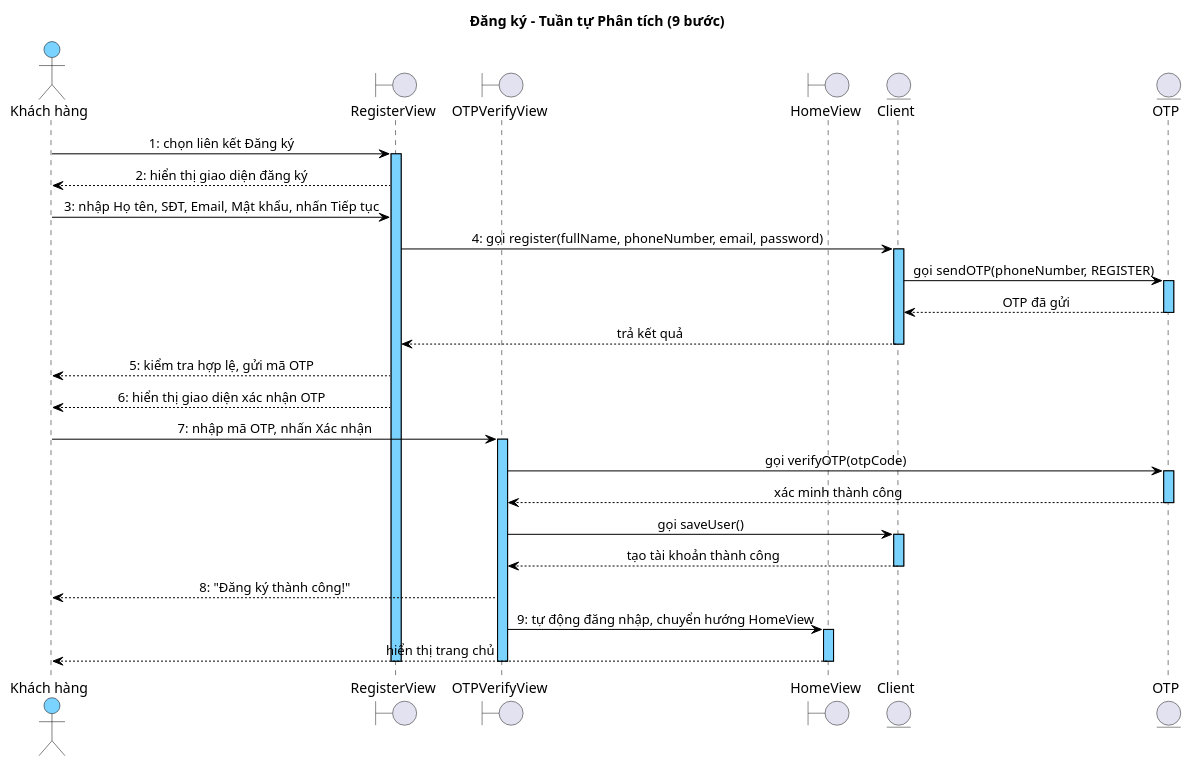
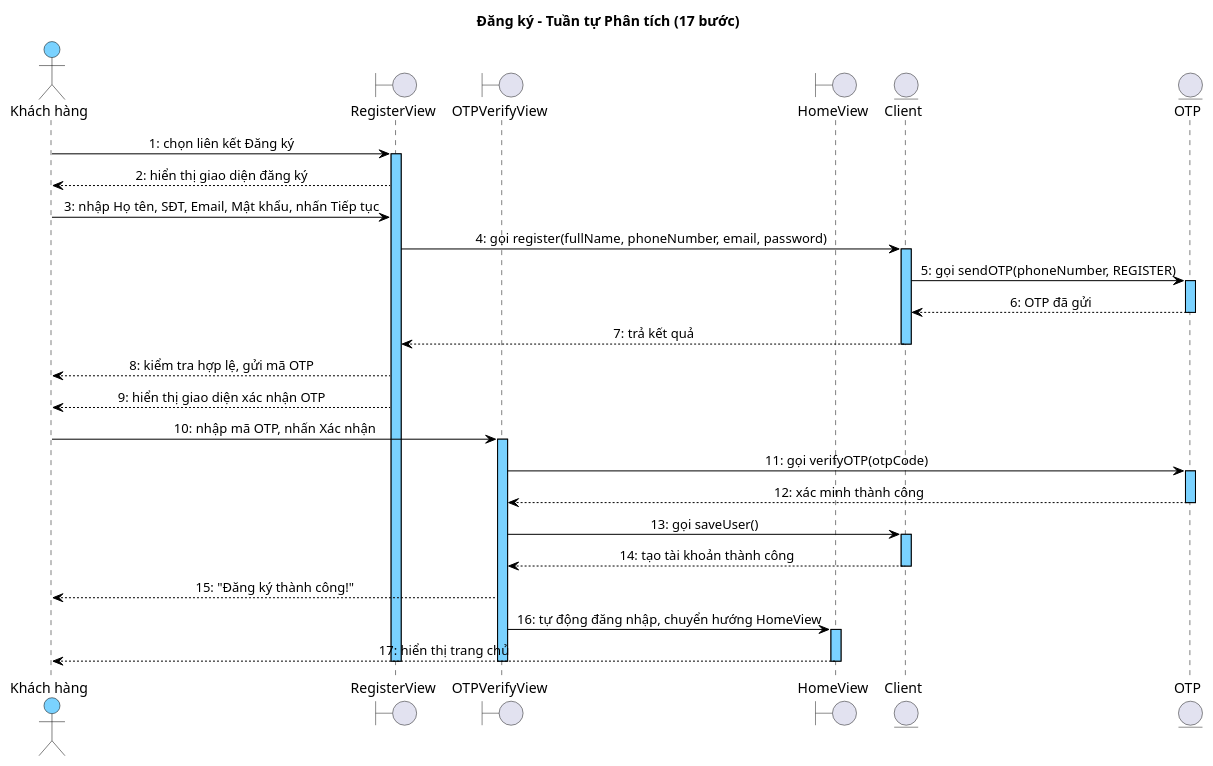
The fourth of 7 diagrams in docs/tabs/account/ii-analysis.md (thanhtrnnn/cnpm), drawn with PlantUML before and after one commit. The commit also changed other lines of this file and 19 other files, not shown here.

First line of the commit message:
fix: account sequence diagrams 1:1 step parity (II.4 + III.4) + 4.2 format

````diff
--- a/docs/tabs/account/ii-analysis.md
+++ b/docs/tabs/account/ii-analysis.md
@@ -469,64 +471,64 @@
 ```plantuml
 @startuml
 skinparam shadowing false
 skinparam SequenceMessageAlign left
 skinparam sequenceMessageAlign center
 skinparam sequenceArrowThickness 1
 skinparam sequenceLifeLineBorderColor #000000
 skinparam sequenceLifeLineBackgroundColor #7AD2FF
 skinparam sequenceParticipantBackgroundColor #7AD2FF
 skinparam sequenceParticipantBorderColor #000000
 skinparam sequenceParticipantFontColor #000000
 skinparam sequenceArrowColor #000000
 skinparam sequenceArrowFontColor #000000
 skinparam sequenceGroupBorderColor #000000
 skinparam sequenceGroupBackgroundColor #DDEEFF
 skinparam sequenceDividerBorderColor #000000
 skinparam sequenceDividerBackgroundColor #DDEEFF
 skinparam sequenceMessageFontColor #000000
 skinparam sequenceMessageFontSize 10
 skinparam sequenceActorBorderColor #000000
 skinparam sequenceActorBackgroundColor #7AD2FF
 skinparam sequenceActorFontColor #000000
-title Đăng ký – Tuần tự Phân tích (9 bước)
+title Đăng ký – Tuần tự Phân tích (17 bước)
 
 actor "Khách hàng" as Actor
 boundary RegisterView as B1
 boundary OTPVerifyView as B2
 boundary HomeView as B3
 entity Client as E1
 entity OTP as E2
 
 Actor -> B1 : 1: chọn liên kết Đăng ký
 activate B1
 B1 --> Actor : 2: hiển thị giao diện đăng ký
 Actor -> B1 : 3: nhập Họ tên, SĐT, Email, Mật khẩu, nhấn Tiếp tục
 B1 -> E1 : 4: gọi register(fullName, phoneNumber, email, password)
 activate E1
-E1 -> E2 : gọi sendOTP(phoneNumber, REGISTER)
+E1 -> E2 : 5: gọi sendOTP(phoneNumber, REGISTER)
 activate E2
-E2 --> E1 : OTP đã gửi
+E2 --> E1 : 6: OTP đã gửi
 deactivate E2
-E1 --> B1 : trả kết quả
+E1 --> B1 : 7: trả kết quả
 deactivate E1
-B1 --> Actor : 5: kiểm tra hợp lệ, gửi mã OTP
-B1 --> Actor : 6: hiển thị giao diện xác nhận OTP
-Actor -> B2 : 7: nhập mã OTP, nhấn Xác nhận
+B1 --> Actor : 8: kiểm tra hợp lệ, gửi mã OTP
+B1 --> Actor : 9: hiển thị giao diện xác nhận OTP
+Actor -> B2 : 10: nhập mã OTP, nhấn Xác nhận
 activate B2
-B2 -> E2 : gọi verifyOTP(otpCode)
+B2 -> E2 : 11: gọi verifyOTP(otpCode)
 activate E2
-E2 --> B2 : xác minh thành công
+E2 --> B2 : 12: xác minh thành công
 deactivate E2
-B2 -> E1 : gọi saveUser()
+B2 -> E1 : 13: gọi saveUser()
 activate E1
-E1 --> B2 : tạo tài khoản thành công
+E1 --> B2 : 14: tạo tài khoản thành công
 deactivate E1
-B2 --> Actor : 8: "Đăng ký thành công!"
-B2 -> B3 : 9: tự động đăng nhập, chuyển hướng HomeView
+B2 --> Actor : 15: "Đăng ký thành công!"
+B2 -> B3 : 16: tự động đăng nhập, chuyển hướng HomeView
 activate B3
-B3 --> Actor : hiển thị trang chủ
+B3 --> Actor : 17: hiển thị trang chủ
 deactivate B3
 deactivate B2
 deactivate B1
 @enduml
 ```
````
